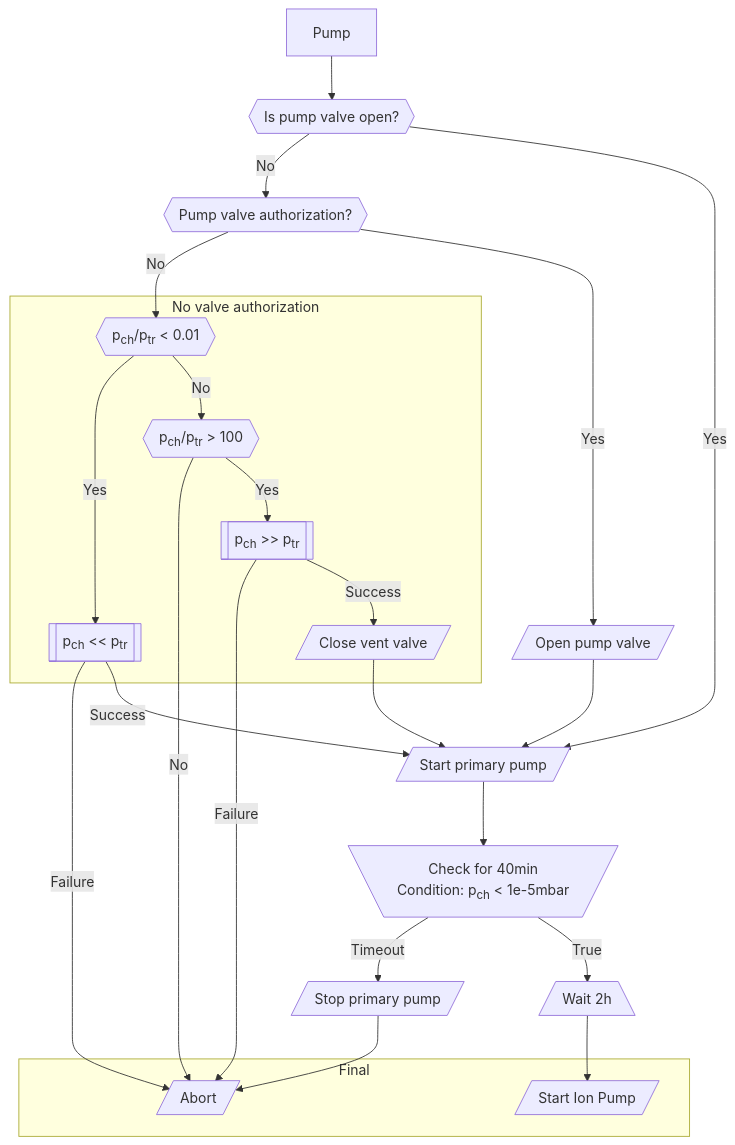
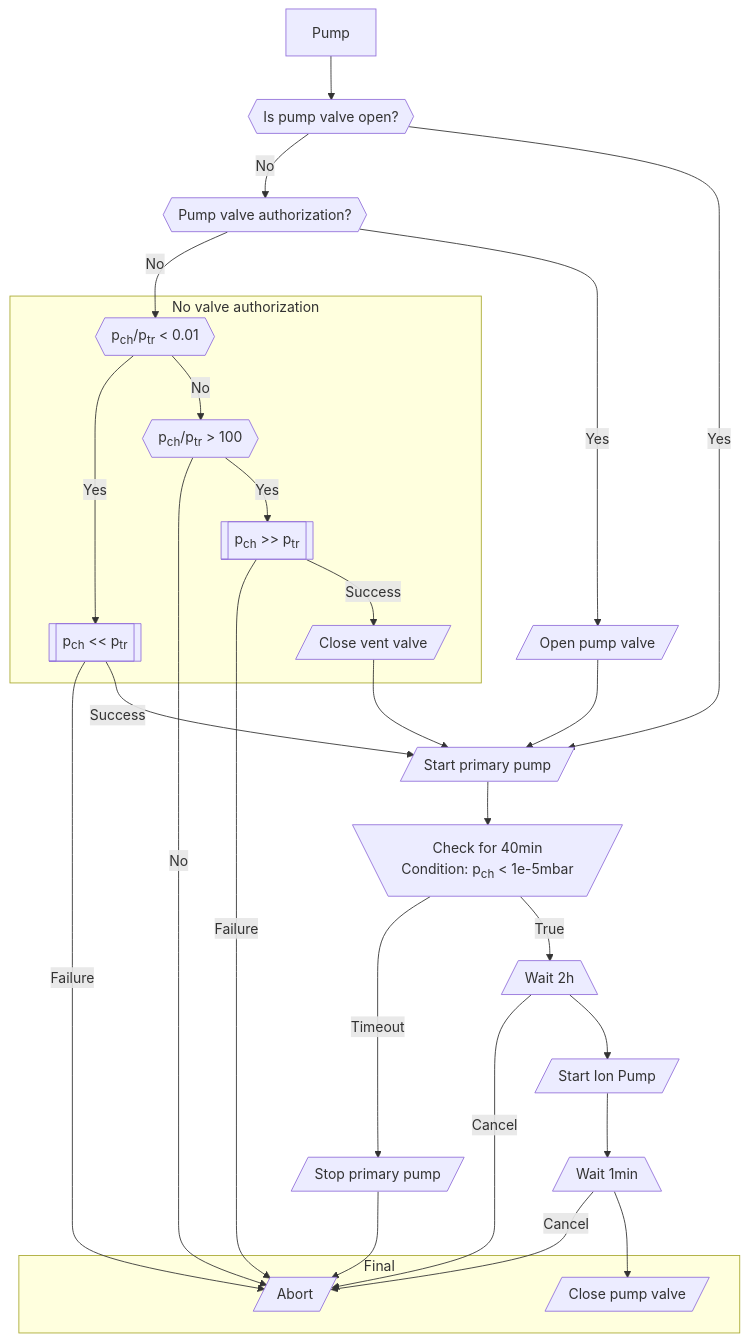
One commit to parkourlrc/pcb-trappitsch--cryostorage-42fec10e6a changed the eighth of 11 diagrams in docs/src/workflows.md. Above: the diagram before and after it, drawn with Mermaid. The commit also changed other lines of this file and 3 other files, not shown here.

Commit message:
fix end of pump valve workflow: turn on ion pump and close pump valve

````diff
--- a/docs/src/workflows.md
+++ b/docs/src/workflows.md
@@ -195,37 +196,41 @@
 ```mermaid
   flowchart TD
     T[Pump] --> IsOP
     IsOP{{Is pump valve open?}} -->|No| OPAuth
     OPAuth{{Pump valve authorization?}}
     OPAuth -->|No| PCL
     OPAuth -->|Yes| OP
     OP[/Open pump valve/]
     OP --> PP
     IsOP -->|Yes| PP
     PP[/Start primary pump/] --> PCHK
     PCHK[\"Check for 40min 
         Condition: p<sub>ch</sub> < 1e-5mbar"/]
     PCHK -->|Timeout| StPP[/Stop primary pump/] --> Err
     PCHK -->|True| IPTIM
+    IPTIM --> |Cancel| Err
     IPTIM[/Wait 2h\] --> IP
+    IP[/Start Ion Pump/] -->
+    ValveTim --> |Cancel| Err
+    ValveTim[/Wait 1min\] --> Valve
 
     subgraph Level3 [Final]
-      IP[/Start Ion Pump/]
+      Valve[/Close pump valve/]
       Err[/Abort/]
     end
 
     subgraph Level2 [No valve authorization]
       %% Branch where pch << ptr
       PCL{{p<sub>ch</sub>/p<sub>tr</sub> < 0.01}} -->|Yes| PCLW
       %% Branch where pch >> ptr
       PCL -->|No| PCH{{p<sub>ch</sub>/p<sub>tr</sub> > 100}} 
       PCH -->|No| Err
       PCH -->|Yes| PCHW
       PCHW[[p<sub>ch</sub> >> p<sub>tr</sub>]]
       CVV[/Close vent valve/]
     end
     PCLW -->|Failure| Err
     PCLW[[p<sub>ch</sub> << p<sub>tr</sub>]] -->|Success| PP
     PCHW -->|Failure| Err
     PCHW -->|Success| CVV --> PP 
 ```
````
